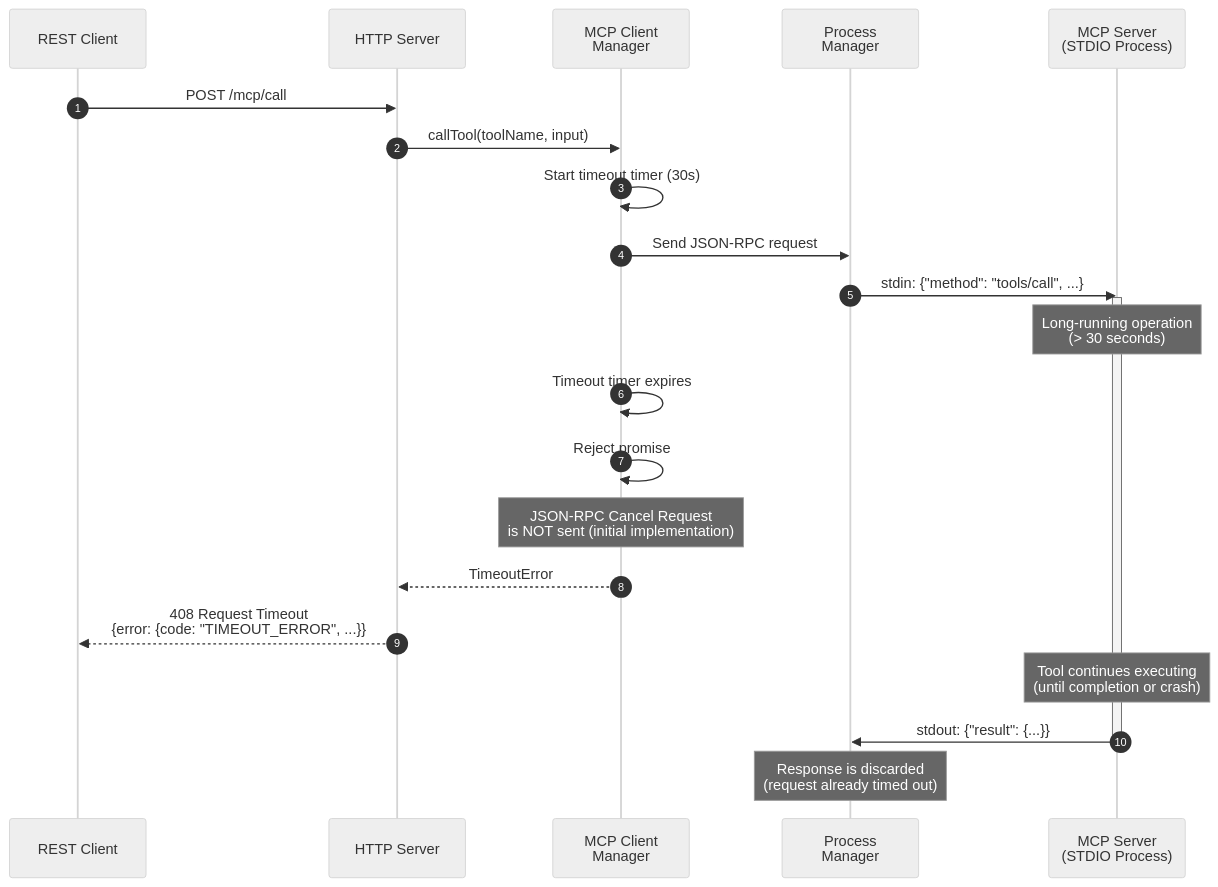
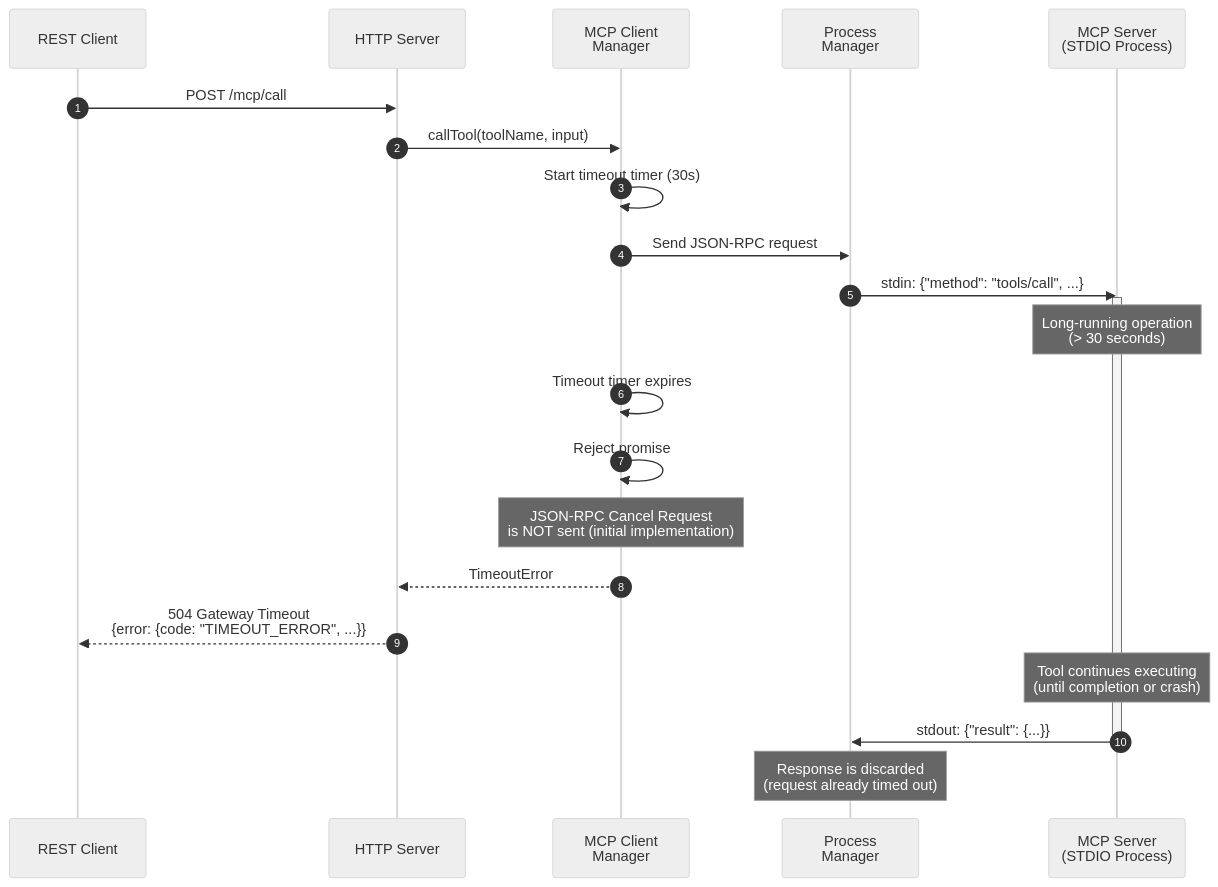
One commit to khirotaka/restexec changed the seventh of 8 diagrams in services/mcp-gateway/specs/Sequence.md. Above: the diagram before and after it, drawn with Mermaid (neutral theme). The commit also changed other lines of this file and 2 other files, not shown here.

First line of the commit message:
docs(mcp-gateway): Synchronize specifications with implementation details

````diff
--- a/services/mcp-gateway/specs/Sequence.md
+++ b/services/mcp-gateway/specs/Sequence.md
@@ -291,33 +291,33 @@
 ```mermaid
 sequenceDiagram
     autonumber
     participant Client as REST Client
     participant HTTP as HTTP Server
     participant MCPMgr as MCP Client<br/>Manager
     participant Process as Process<br/>Manager
     participant MCP as MCP Server<br/>(STDIO Process)
 
     Client->>HTTP: POST /mcp/call
     HTTP->>MCPMgr: callTool(toolName, input)
 
     MCPMgr->>MCPMgr: Start timeout timer (30s)
     MCPMgr->>Process: Send JSON-RPC request
     Process->>MCP: stdin: {"method": "tools/call", ...}
 
     activate MCP
     Note over MCP: Long-running operation<br/>(> 30 seconds)
 
     MCPMgr->>MCPMgr: Timeout timer expires
     MCPMgr->>MCPMgr: Reject promise
 
     Note over MCPMgr: JSON-RPC Cancel Request<br/>is NOT sent (initial implementation)
 
     MCPMgr-->>HTTP: TimeoutError
-    HTTP-->>Client: 408 Request Timeout<br/>{error: {code: "TIMEOUT_ERROR", ...}}
+    HTTP-->>Client: 504 Gateway Timeout<br/>{error: {code: "TIMEOUT_ERROR", ...}}
 
     Note over MCP: Tool continues executing<br/>(until completion or crash)
     MCP->>Process: stdout: {"result": {...}}
     deactivate MCP
 
     Note over Process: Response is discarded<br/>(request already timed out)
 ```
````
